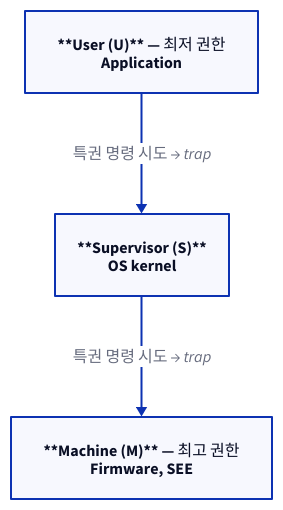
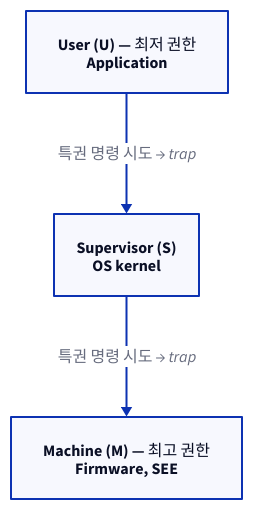
One commit to humbleowl39/DV_SKOOL changed the fourth of 4 diagrams in starlight_site/src/content/docs/computer_architecture/05_isa_riscv.md. Above: the diagram before and after it, drawn with D2. The commit also changed other lines of this file and 714 other files, not shown here.

First line of the commit message:
fix(site): d2 다이어그램 가독성 결함 6종 일괄 수정

````diff
--- a/starlight_site/src/content/docs/computer_architecture/05_isa_riscv.md
+++ b/starlight_site/src/content/docs/computer_architecture/05_isa_riscv.md
@@ -154,10 +154,10 @@
 ```d2
 direction: down
 
-M: "**Machine (M)** — 최고 권한\nFirmware, SEE"
-S: "**Supervisor (S)**\nOS kernel"
-U: "**User (U)** — 최저 권한\nApplication"
+M: "Machine (M) — 최고 권한\nFirmware, SEE"
+S: "Supervisor (S)\nOS kernel"
+U: "User (U) — 최저 권한\nApplication"
 
 U -> S: "특권 명령 시도 → trap"
 S -> M: "특권 명령 시도 → trap"
 ```
````
